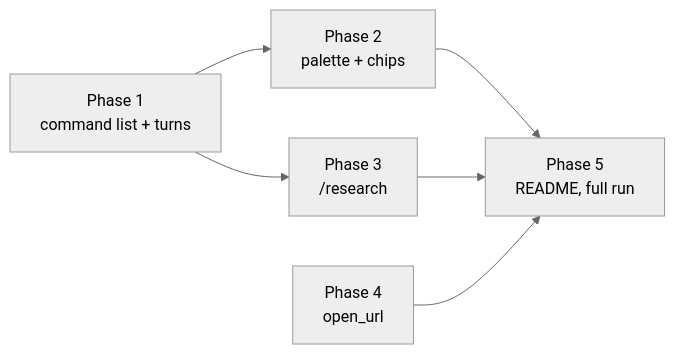
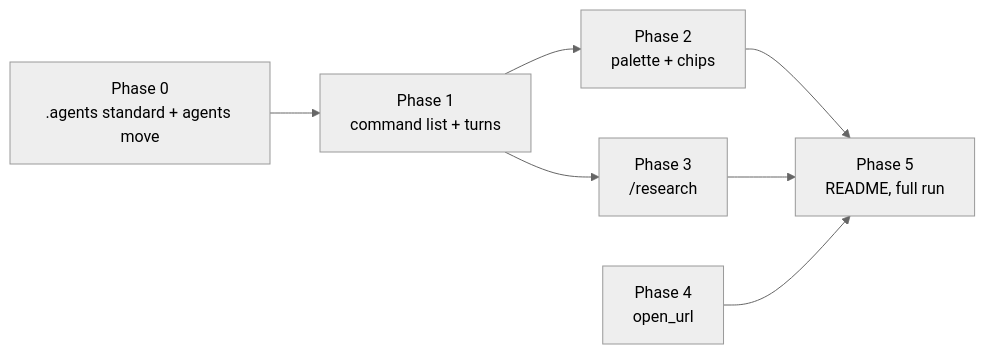
Before and after one commit to tillg/karpathy.app: the diagram in specs/changes/chat-commands-research/plan.md, drawn with Mermaid (neutral theme). The commit also changed other lines of this file and 3 other files, not shown here.

````diff
--- a/specs/changes/chat-commands-research/plan.md
+++ b/specs/changes/chat-commands-research/plan.md
@@ -23,7 +24,8 @@
 ```mermaid
 flowchart LR
-  A["Phase 1<br/>command list + turns"] --> B["Phase 2<br/>palette + chips"]
+  Z["Phase 0<br/>.agents standard + agents move"] --> A["Phase 1<br/>command list + turns"]
+  A --> B["Phase 2<br/>palette + chips"]
   A --> C["Phase 3<br/>/research"]
   D["Phase 4<br/>open_url"]
   B & C & D --> E["Phase 5<br/>README, full run"]
 ```
````
